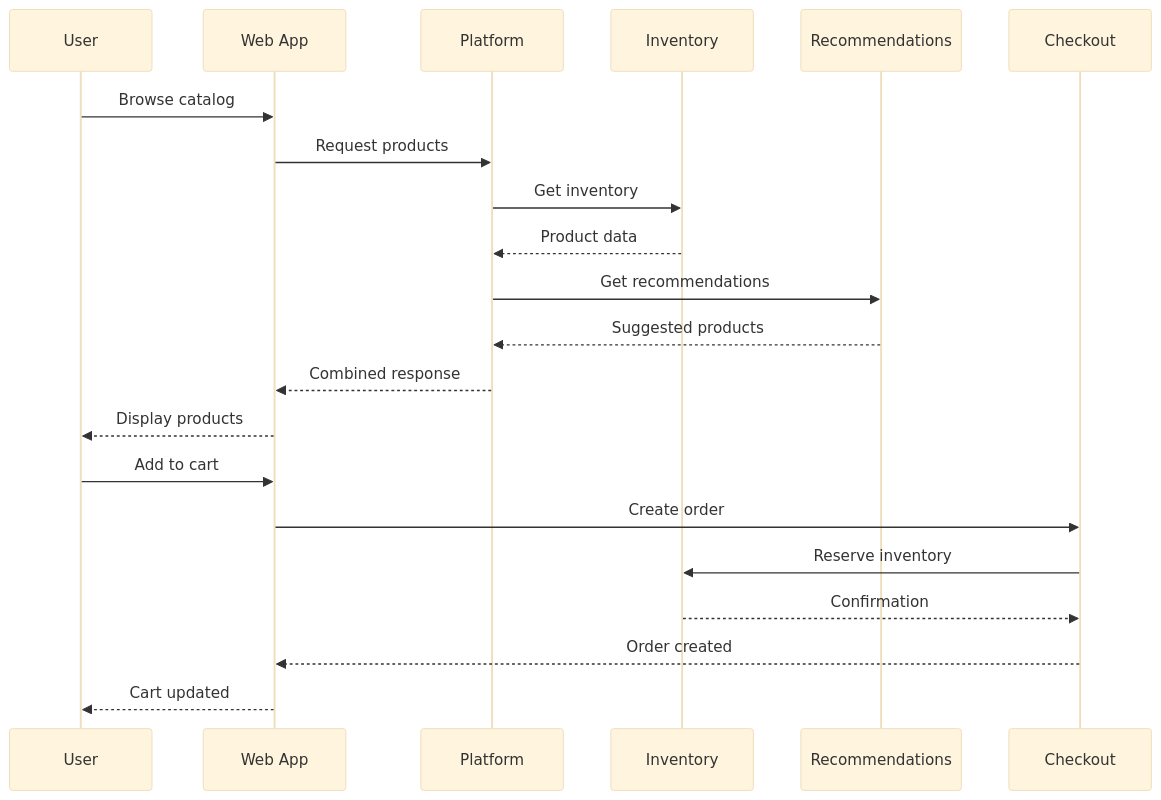
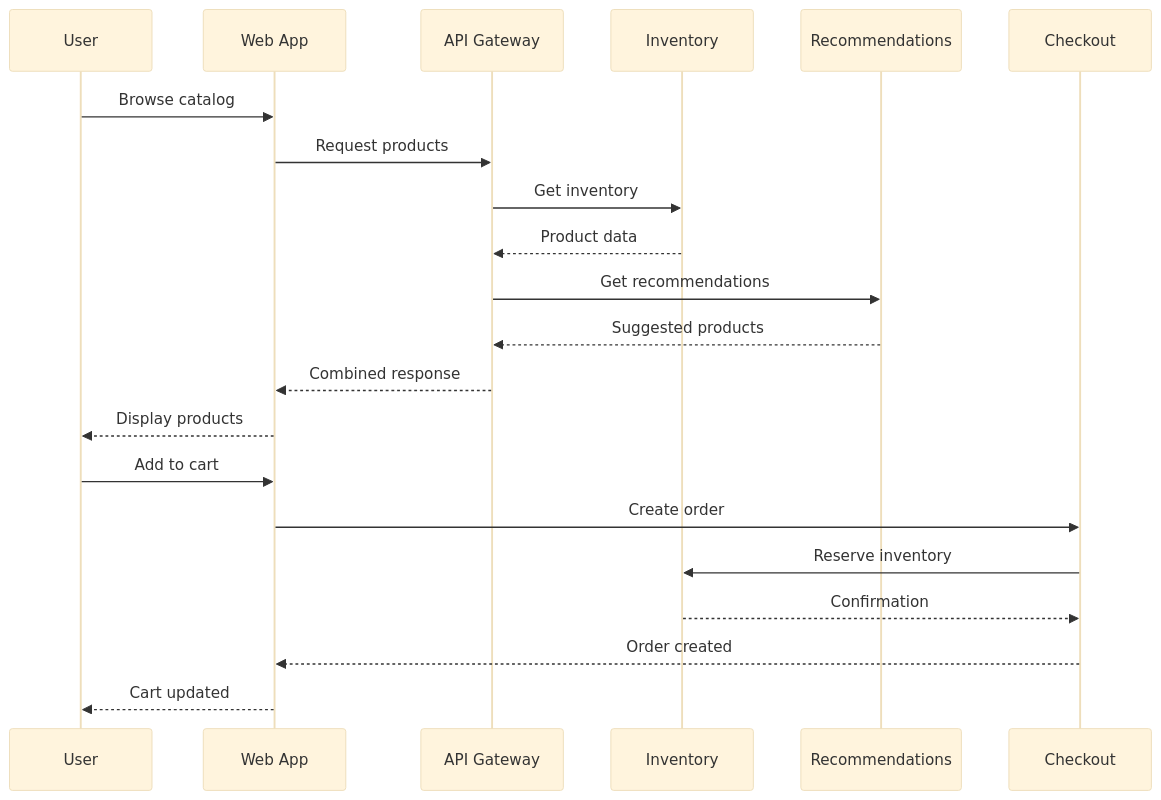
One commit to yonatanp-jfrog/bookverse-demo-init changed the seventh of 10 diagrams in docs/ARCHITECTURE.md. Above: the diagram before and after it, drawn with Mermaid (base theme). The commit also changed other lines of this file, not shown here.

First line of the commit message:
refactor: Update architecture diagram to reflect actual implementation

````diff
--- a/docs/ARCHITECTURE.md
+++ b/docs/ARCHITECTURE.md
@@ -312,25 +308,25 @@
 ```mermaid
 sequenceDiagram
     participant U as User
     participant W as Web App
-    participant P as Platform
+    participant A as API Gateway
     participant I as Inventory
     participant R as Recommendations
     participant C as Checkout
     
     U->>W: Browse catalog
-    W->>P: Request products
-    P->>I: Get inventory
-    I-->>P: Product data
-    P->>R: Get recommendations
-    R-->>P: Suggested products
-    P-->>W: Combined response
+    W->>A: Request products
+    A->>I: Get inventory
+    I-->>A: Product data
+    A->>R: Get recommendations
+    R-->>A: Suggested products
+    A-->>W: Combined response
     W-->>U: Display products
     
     U->>W: Add to cart
     W->>C: Create order
     C->>I: Reserve inventory
     I-->>C: Confirmation
     C-->>W: Order created
     W-->>U: Cart updated
 ```
````
